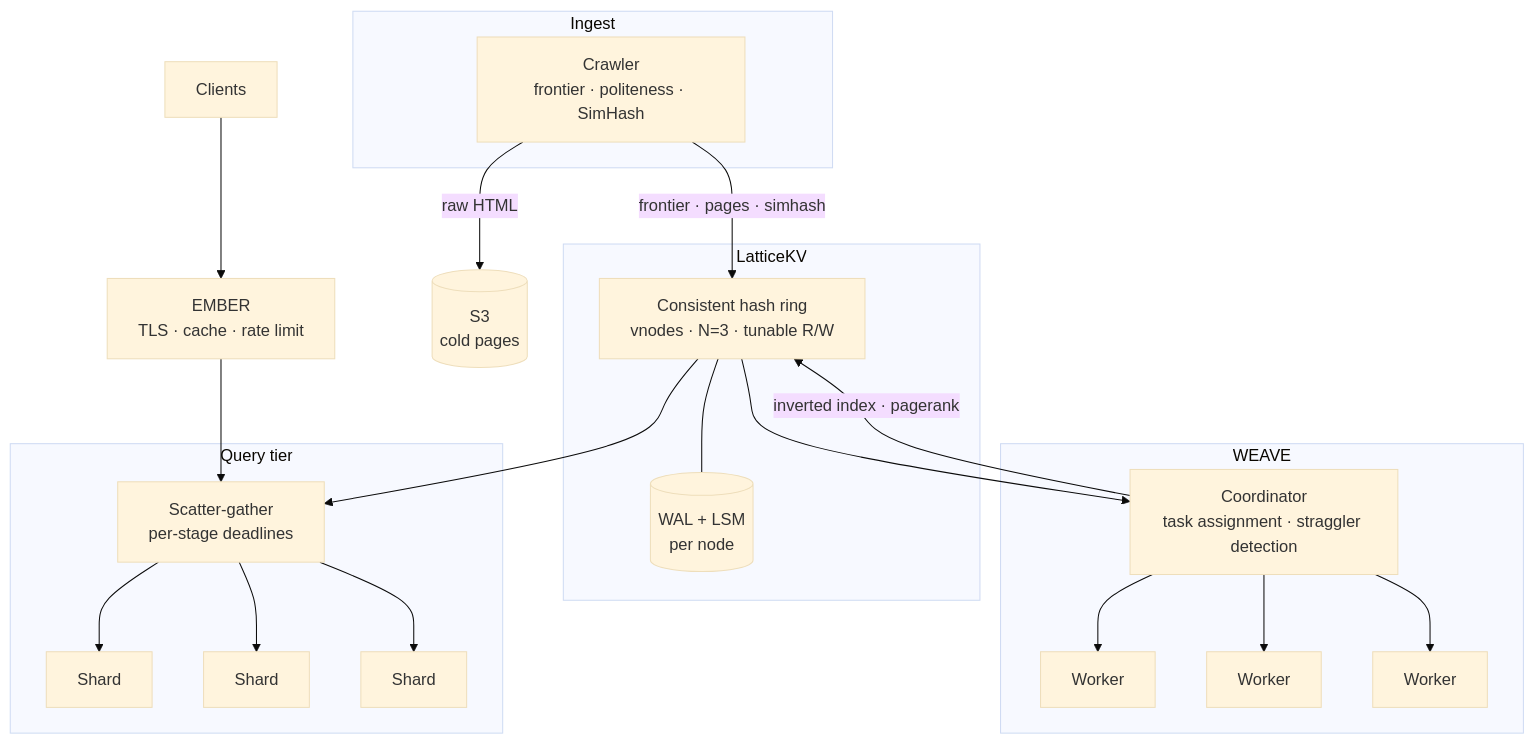
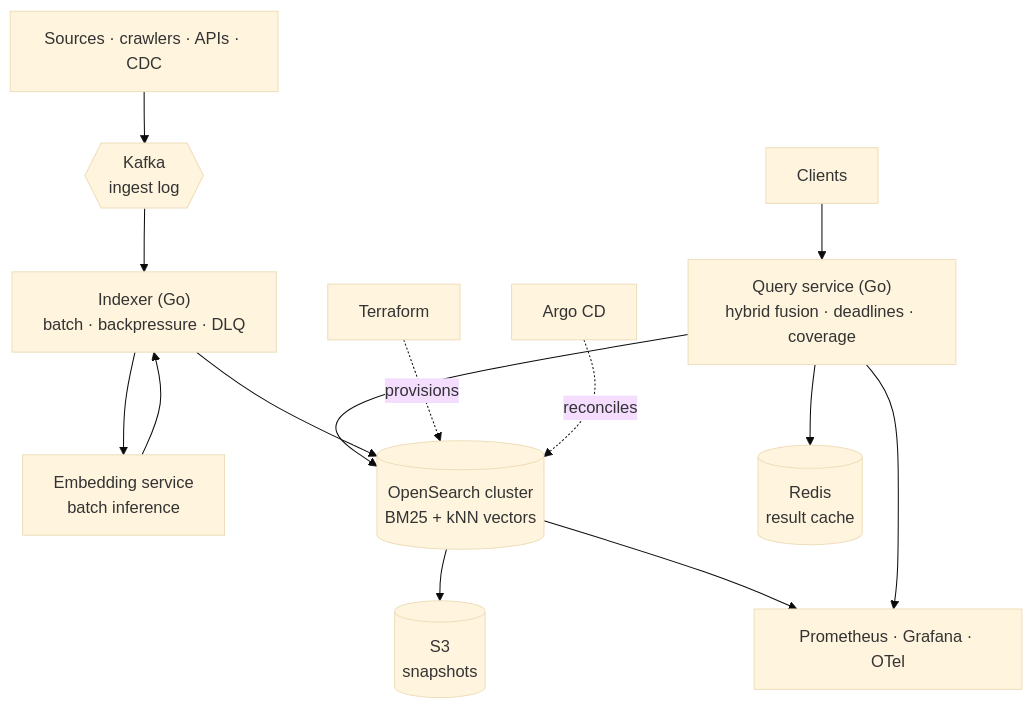
The diagram in README.md (nickemma/lattice), drawn with Mermaid (base theme) before and after one commit. The commit also changed other lines of this file and 3 other files, not shown here.

````diff
--- a/README.md
+++ b/README.md
@@ -81,36 +61,18 @@
 ```mermaid
 flowchart TB
-    subgraph ingest["Ingest"]
-        CR["Crawler<br/>frontier · politeness · SimHash"]
-    end
+    SRC["Sources · crawlers · APIs · CDC"] --> K{{"Kafka<br/>ingest log"}}
+    K --> IDX["Indexer (Go)<br/>batch · backpressure · DLQ"]
+    IDX --> EMB["Embedding service<br/>batch inference"]
+    EMB --> IDX
+    IDX --> OS[("OpenSearch cluster<br/>BM25 + kNN vectors")]
 
-    subgraph storage["LatticeKV"]
-        RING["Consistent hash ring<br/>vnodes · N=3 · tunable R/W"]
-        WAL[("WAL + LSM<br/>per node")]
-        RING --- WAL
-    end
+    CL["Clients"] --> Q["Query service (Go)<br/>hybrid fusion · deadlines · coverage"]
+    Q --> OS
+    Q --> RC[("Redis<br/>result cache")]
 
-    subgraph compute["WEAVE"]
-        CO["Coordinator<br/>task assignment · straggler detection"]
-        W1["Worker"]
-        W2["Worker"]
-        W3["Worker"]
-        CO --> W1 & W2 & W3
-    end
-
-    subgraph serve["Query tier"]
-        Q["Scatter-gather<br/>per-stage deadlines"]
-        S1["Shard"]
-        S2["Shard"]
-        S3["Shard"]
-        Q --> S1 & S2 & S3
-    end
-
-    CR -->|frontier · pages · simhash| RING
-    CR -->|raw HTML| S3O[("S3<br/>cold pages")]
-    RING --> CO
-    CO -->|inverted index · pagerank| RING
-    RING --> Q
-    EM["EMBER<br/>TLS · cache · rate limit"] --> Q
-    CL["Clients"] --> EM
+    OS --> SNAP[("S3<br/>snapshots")]
+    TF["Terraform"] -.provisions.-> OS
+    ARGO["Argo CD"] -.reconciles.-> OS
+    OS --> OBS["Prometheus · Grafana · OTel"]
+    Q --> OBS
 ```
````
